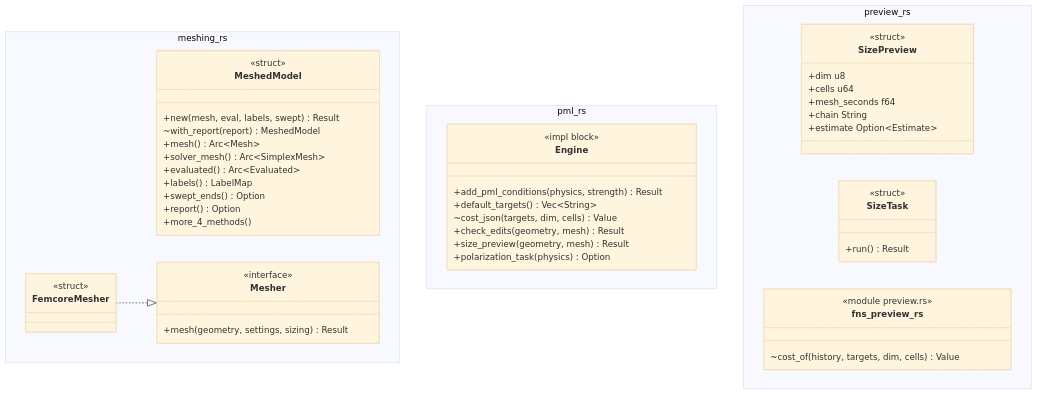
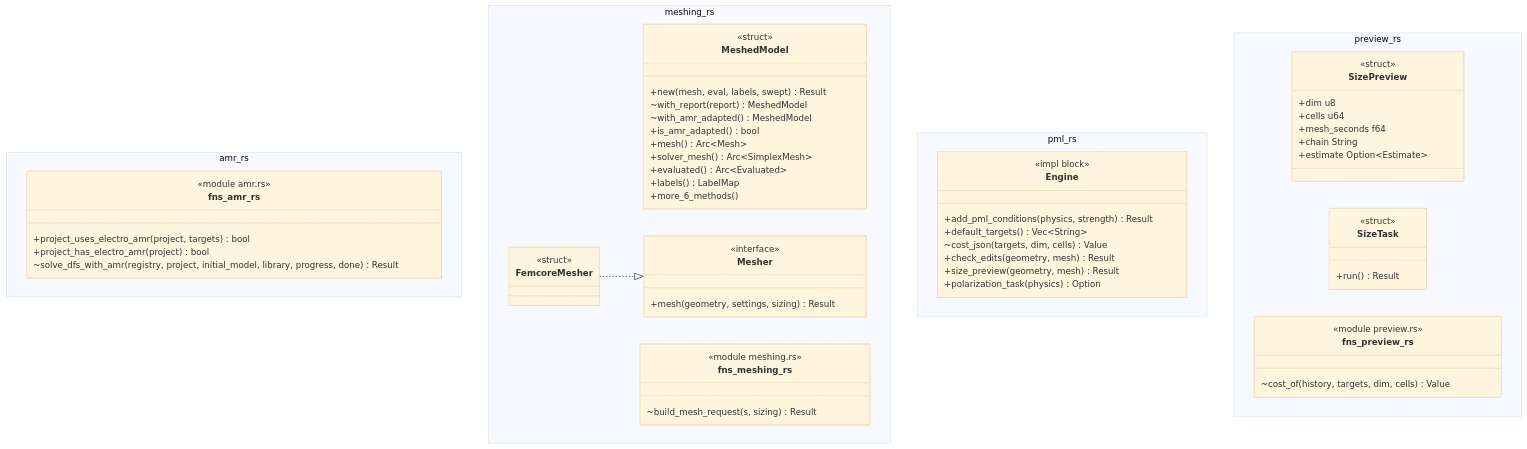
The diagram in docs/architecture/c4/4-code/engine/meshing.md (p-j-r/nyx), drawn with Mermaid (base theme) before and after one commit. The commit also changed other lines of this file and 150 other files, not shown here.

````diff
--- a/docs/architecture/c4/4-code/engine/meshing.md
+++ b/docs/architecture/c4/4-code/engine/meshing.md
@@ -46,54 +47,66 @@
 ```mermaid
 classDiagram
+  namespace amr_rs {
+    class fns_amr_rs {
+        <<module amr.rs>>
+        +project_uses_electro_amr(project, targets) bool
+        +project_has_electro_amr(project) bool
+        ~solve_dfs_with_amr(registry, project, initial_model, library, progress, done) Result
+    }
+  }
   namespace meshing_rs {
     class MeshedModel {
         <<struct>>
         +new(mesh, eval, labels, swept) Result
         ~with_report(report) MeshedModel
+        ~with_amr_adapted() MeshedModel
+        +is_amr_adapted() bool
         +mesh() Arc~Mesh~
         +solver_mesh() Arc~SimplexMesh~
         +evaluated() Arc~Evaluated~
         +labels() LabelMap
-        +swept_ends() Option
-        +report() Option
-        +more_4_methods()
+        +more_6_methods()
     }
     class Mesher {
         <<interface>>
         +mesh(geometry, settings, sizing) Result
     }
     class FemcoreMesher {
         <<struct>>
+    }
+    class fns_meshing_rs {
+        <<module meshing.rs>>
+        ~build_mesh_request(s, sizing) Result
     }
   }
   namespace pml_rs {
     class Engine {
         <<impl block>>
         +add_pml_conditions(physics, strength) Result
         +default_targets() Vec~String~
         ~cost_json(targets, dim, cells) Value
         +check_edits(geometry, mesh) Result
         +size_preview(geometry, mesh) Result
         +polarization_task(physics) Option
     }
   }
   namespace preview_rs {
     class SizePreview {
         <<struct>>
         +dim u8
         +cells u64
         +mesh_seconds f64
         +chain String
         +estimate Option~Estimate~
     }
     class SizeTask {
         <<struct>>
         +run() Result
     }
     class fns_preview_rs {
         <<module preview.rs>>
         ~cost_of(history, targets, dim, cells) Value
     }
   }
   FemcoreMesher ..|> Mesher
 ```
````
